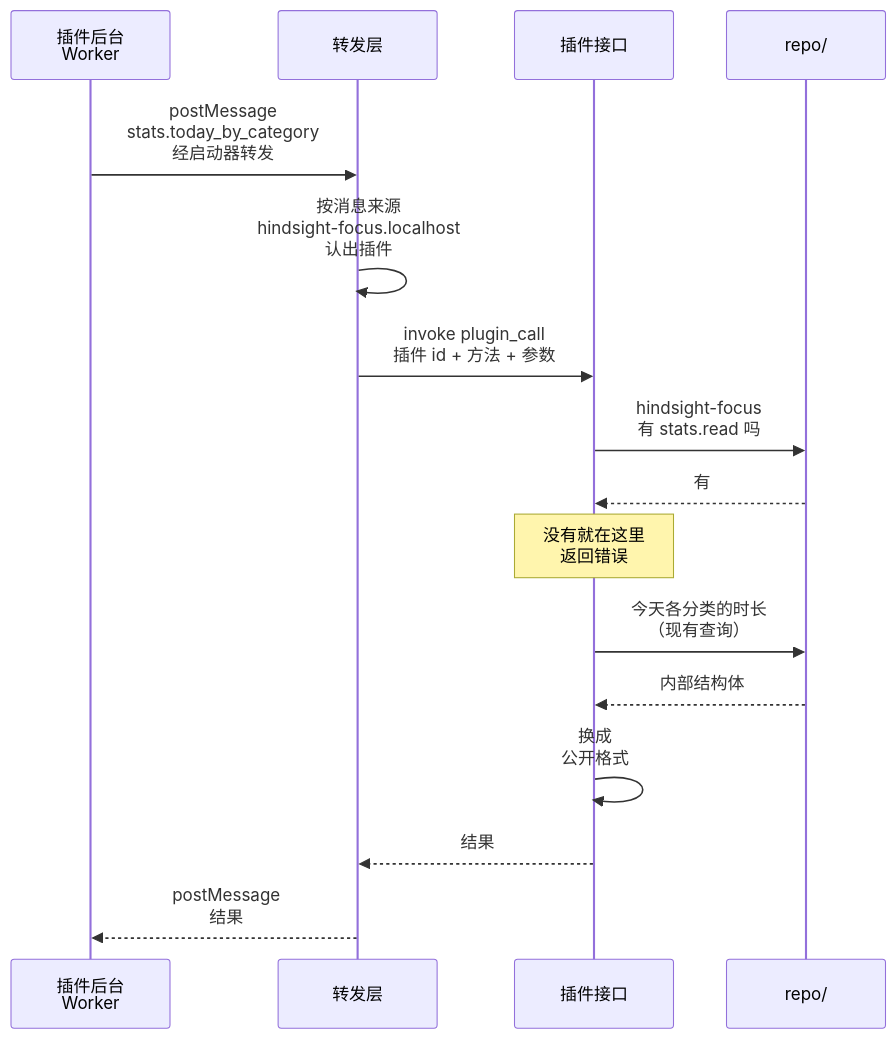
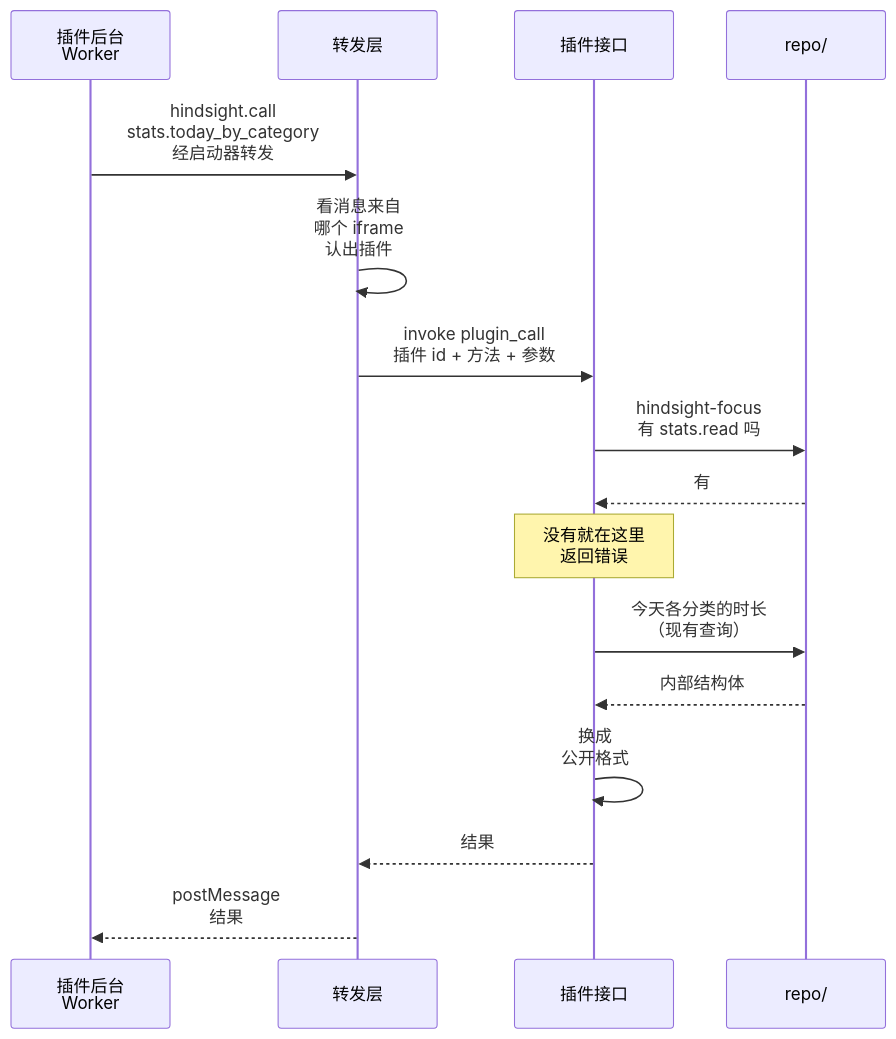
Before and after one commit to Tomotsugu-dev/Hindsight: the diagram in docs/design/plugins/zh/api.md, drawn with Mermaid. The commit also changed other lines of this file and 3 other files, not shown here.

First line of the commit message:
docs(plugins): describe hindsight.call() and how the forwarder tells plugins apart

````diff
--- a/docs/design/plugins/zh/api.md
+++ b/docs/design/plugins/zh/api.md
@@ -13,18 +13,18 @@
 ```mermaid
 sequenceDiagram
   participant P as 插件后台<br/>Worker
   participant B as 转发层
   participant A as 插件接口
   participant R as repo/
-  P->>B: postMessage<br/>stats.today_by_category<br/>经启动器转发
-  B->>B: 按消息来源<br/>hindsight-focus.localhost<br/>认出插件
+  P->>B: hindsight.call<br/>stats.today_by_category<br/>经启动器转发
+  B->>B: 看消息来自<br/>哪个 iframe<br/>认出插件
   B->>A: invoke plugin_call<br/>插件 id + 方法 + 参数
   A->>R: hindsight-focus<br/>有 stats.read 吗
   R-->>A: 有
   Note over A: 没有就在这里<br/>返回错误
   A->>R: 今天各分类的时长<br/>（现有查询）
   R-->>A: 内部结构体
   A->>A: 换成<br/>公开格式
   A-->>B: 结果
   B-->>P: postMessage<br/>结果
 ```
````
